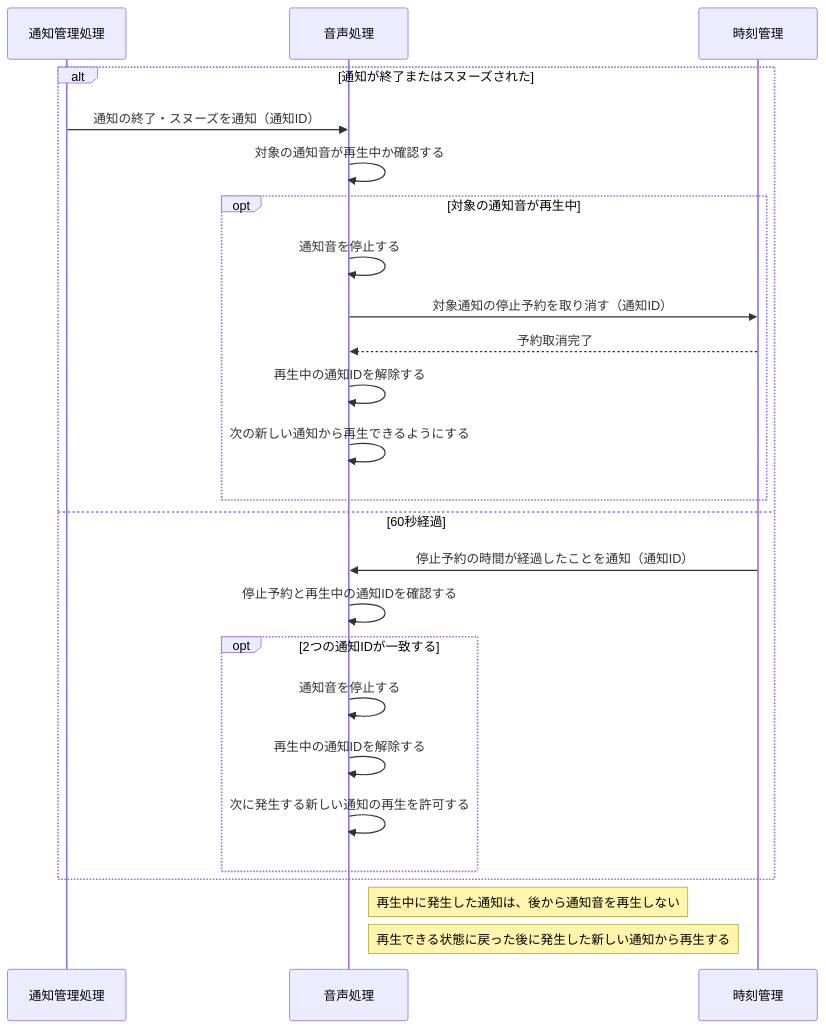
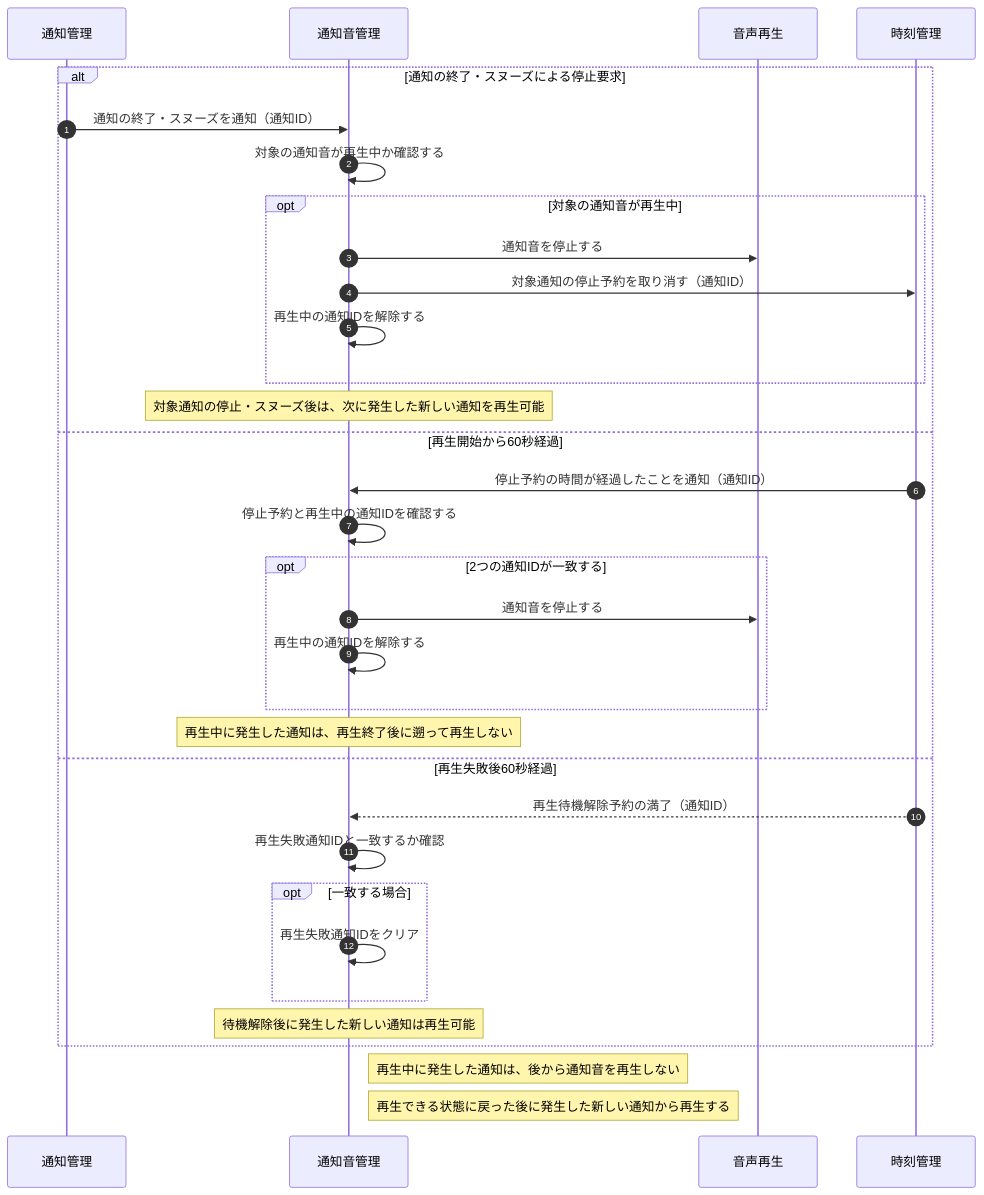
Before and after one commit to shun62201234-crypto/timerApplication: the fifth of 7 diagrams in document/設計/シーケンス図/共通シーケンス図.md, drawn with Mermaid. The commit also changed other lines of this file, not shown here.

First line of the commit message:
共通シーケンス図の整理と重複処理の統合

````diff
--- a/document/設計/シーケンス図/共通シーケンス図.md
+++ b/document/設計/シーケンス図/共通シーケンス図.md
@@ -161,32 +151,45 @@
 ```mermaid
 sequenceDiagram
-    participant Notify as 通知管理処理
-    participant Audio as 音声処理
+    autonumber
+    participant Notify as 通知管理
+    participant Audio as 通知音管理
+    participant Player as 音声再生
     participant Clock as 時刻管理
 
-    alt 通知が終了またはスヌーズされた
+    alt 通知の終了・スヌーズによる停止要求
         Notify->>Audio: 通知の終了・スヌーズを通知（通知ID）
         Audio->>Audio: 対象の通知音が再生中か確認する
 
         opt 対象の通知音が再生中
-            Audio->>Audio: 通知音を停止する
+            Audio->>Player: 通知音を停止する
             Audio->>Clock: 対象通知の停止予約を取り消す（通知ID）
-            Clock-->>Audio: 予約取消完了
             Audio->>Audio: 再生中の通知IDを解除する
-            Audio->>Audio: 次の新しい通知から再生できるようにする
         end
 
-    else 60秒経過
+        Note over Audio: 対象通知の停止・スヌーズ後は、次に発生した新しい通知を再生可能
+
+    else 再生開始から60秒経過
         Clock->>Audio: 停止予約の時間が経過したことを通知（通知ID）
         Audio->>Audio: 停止予約と再生中の通知IDを確認する
 
         opt 2つの通知IDが一致する
-            Audio->>Audio: 通知音を停止する
+            Audio->>Player: 通知音を停止する
             Audio->>Audio: 再生中の通知IDを解除する
-            Audio->>Audio: 次に発生する新しい通知の再生を許可する
         end
+
+        Note over Audio: 再生中に発生した通知は、再生終了後に遡って再生しない
+
+        else 再生失敗後60秒経過
+        Clock-->>Audio: 再生待機解除予約の満了（通知ID）
+        Audio->>Audio: 再生失敗通知IDと一致するか確認
+
+        opt 一致する場合
+            Audio->>Audio: 再生失敗通知IDをクリア
+        end
+
+        Note over Audio: 待機解除後に発生した新しい通知は再生可能
     end
 
     Note right of Audio: 再生中に発生した通知は、後から通知音を再生しない
     Note right of Audio: 再生できる状態に戻った後に発生した新しい通知から再生する
 ```
````
